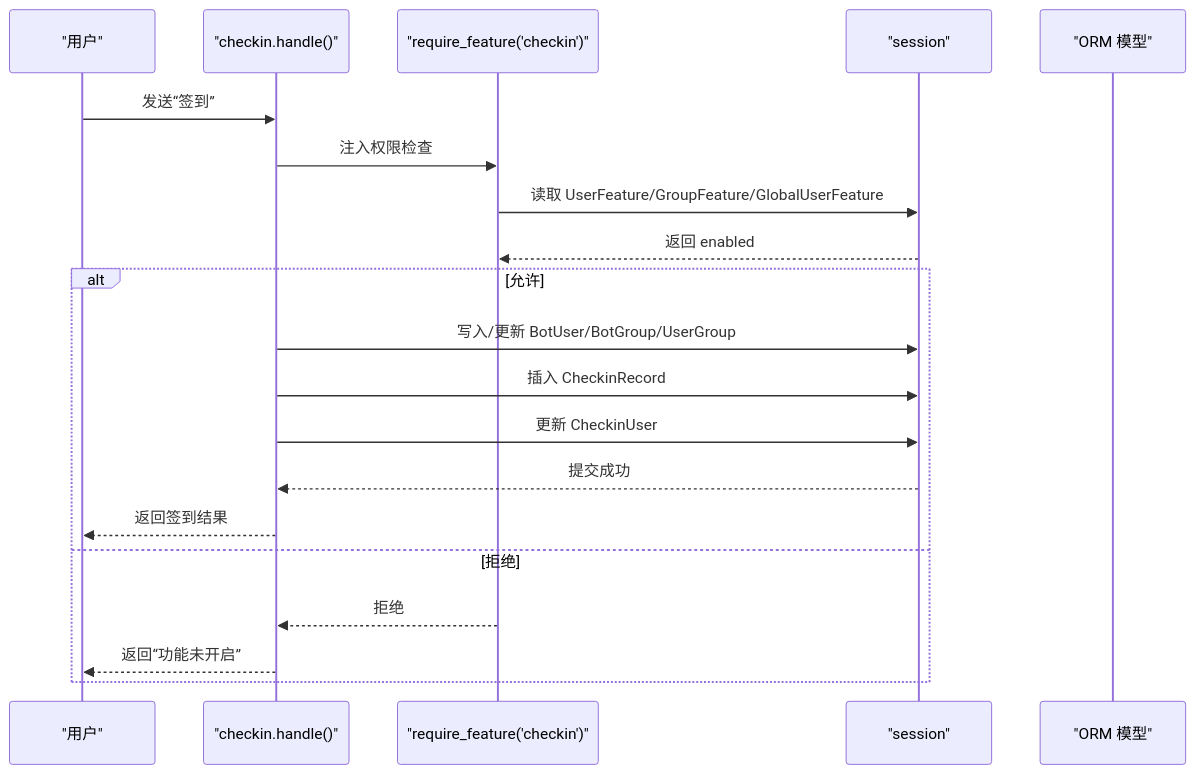
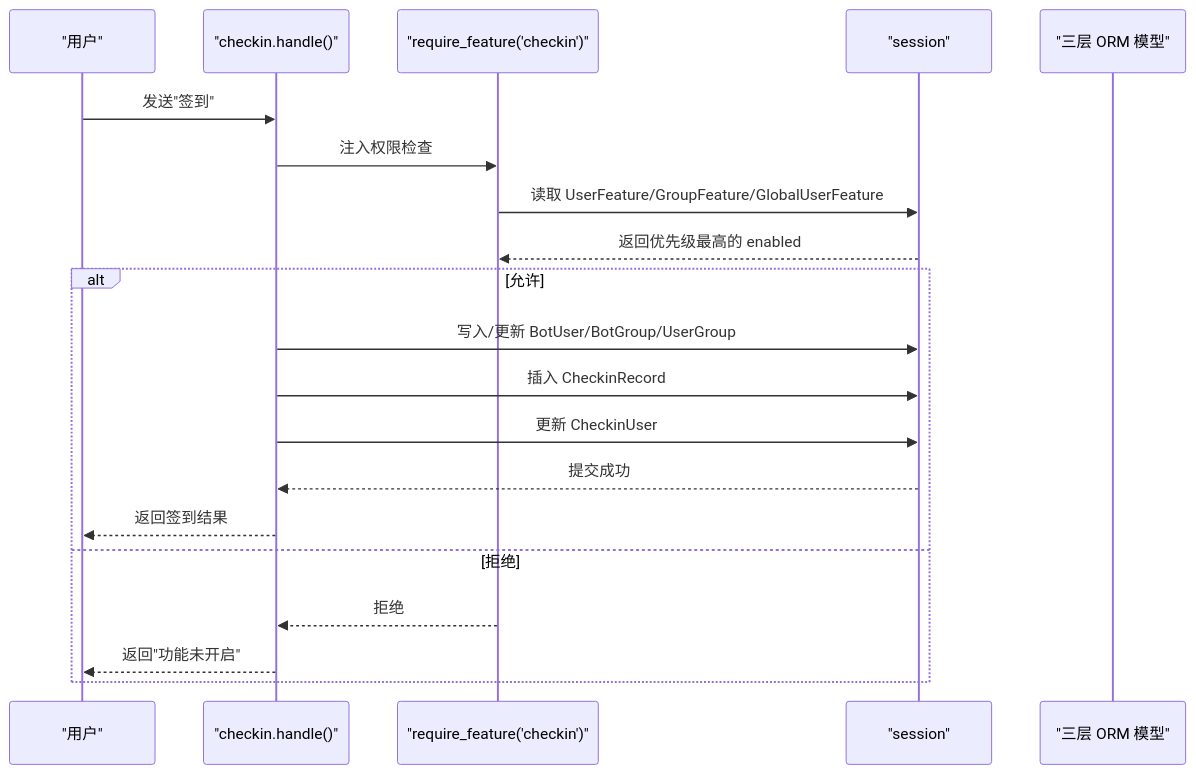
Before and after one commit to Wohaokunr/yawn_bot: the fifth of 7 diagrams in .qoder/repowiki/zh/content/核心功能模块/权限控制系统.md, drawn with Mermaid. The commit also changed other lines of this file and 14 other files, not shown here.

````diff
--- a/.qoder/repowiki/zh/content/核心功能模块/权限控制系统.md
+++ b/.qoder/repowiki/zh/content/核心功能模块/权限控制系统.md
@@ -250,22 +285,22 @@
 ```mermaid
 sequenceDiagram
 participant U as "用户"
 participant C as "checkin.handle()"
 participant P as "require_feature('checkin')"
 participant S as "session"
-participant DB as "ORM 模型"
-U->>C : 发送“签到”
+participant DB as "三层 ORM 模型"
+U->>C : 发送"签到"
 C->>P : 注入权限检查
 P->>S : 读取 UserFeature/GroupFeature/GlobalUserFeature
-S-->>P : 返回 enabled
+S-->>P : 返回优先级最高的 enabled
 alt 允许
 C->>S : 写入/更新 BotUser/BotGroup/UserGroup
 C->>S : 插入 CheckinRecord
 C->>S : 更新 CheckinUser
 S-->>C : 提交成功
 C-->>U : 返回签到结果
 else 拒绝
 P-->>C : 拒绝
-C-->>U : 返回“功能未开启”
+C-->>U : 返回"功能未开启"
 end
 ```
````
